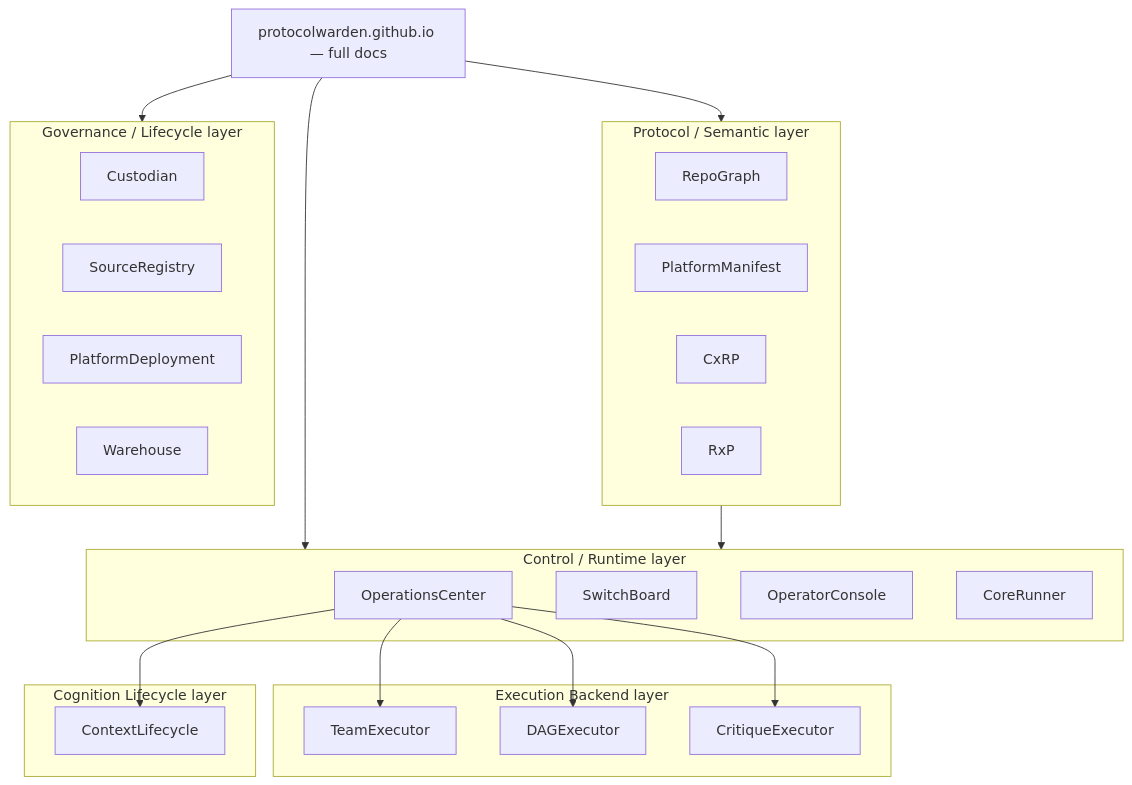
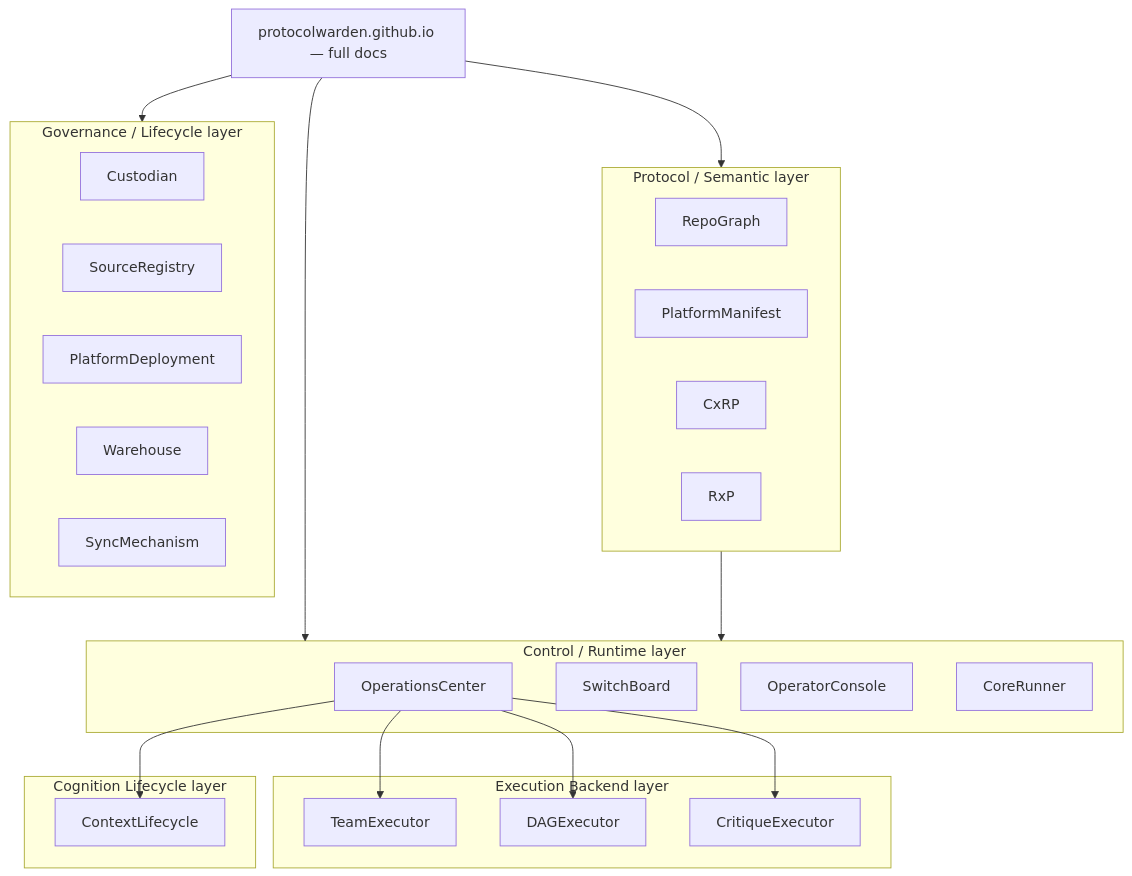
Before and after one commit to ProtocolWarden/ProtocolWarden: the diagram in README.md, drawn with Mermaid. The commit also changed other lines of this file and 1 other file, not shown here.

First line of the commit message:
docs: add SyncMechanism to the org profile catalog; note CL tiered memory (#4)

````diff
--- a/README.md
+++ b/README.md
@@ -34,44 +34,45 @@
 ```mermaid
 graph TD
     DOCS["protocolwarden.github.io — full docs"]
 
     subgraph proto ["Protocol / Semantic layer"]
         RG[RepoGraph]
         PM[PlatformManifest]
         CX[CxRP]
         RX[RxP]
     end
 
     subgraph ctrl ["Control / Runtime layer"]
         OPS[OperationsCenter]
         SB[SwitchBoard]
         OC[OperatorConsole]
         ER[CoreRunner]
     end
 
     subgraph exec ["Execution Backend layer"]
         TE[TeamExecutor]
         DE[DAGExecutor]
         CE[CritiqueExecutor]
     end
 
     subgraph cog ["Cognition Lifecycle layer"]
         CLP[ContextLifecycle]
     end
 
     subgraph gov ["Governance / Lifecycle layer"]
         CU[Custodian]
         SR[SourceRegistry]
         PD[PlatformDeployment]
         WH[Warehouse]
+        SM[SyncMechanism]
     end
 
     DOCS --> proto
     DOCS --> ctrl
     DOCS --> gov
     proto --> ctrl
     OPS --> TE
     OPS --> DE
     OPS --> CE
     OPS --> CLP
 ```
````
